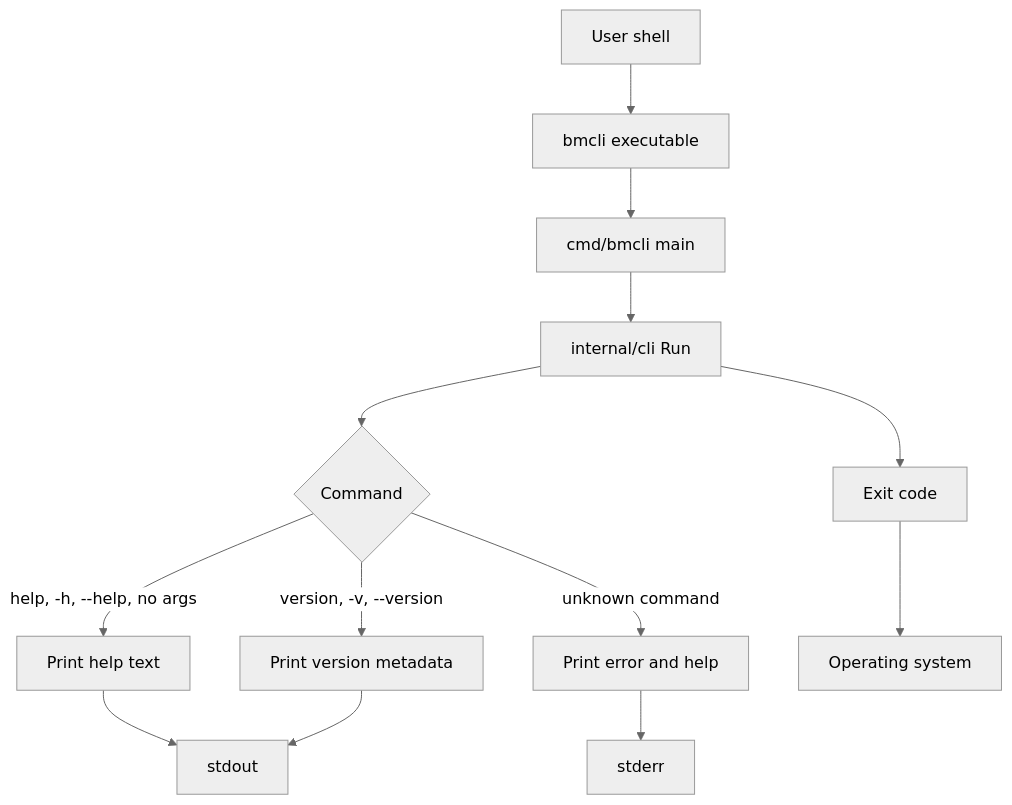
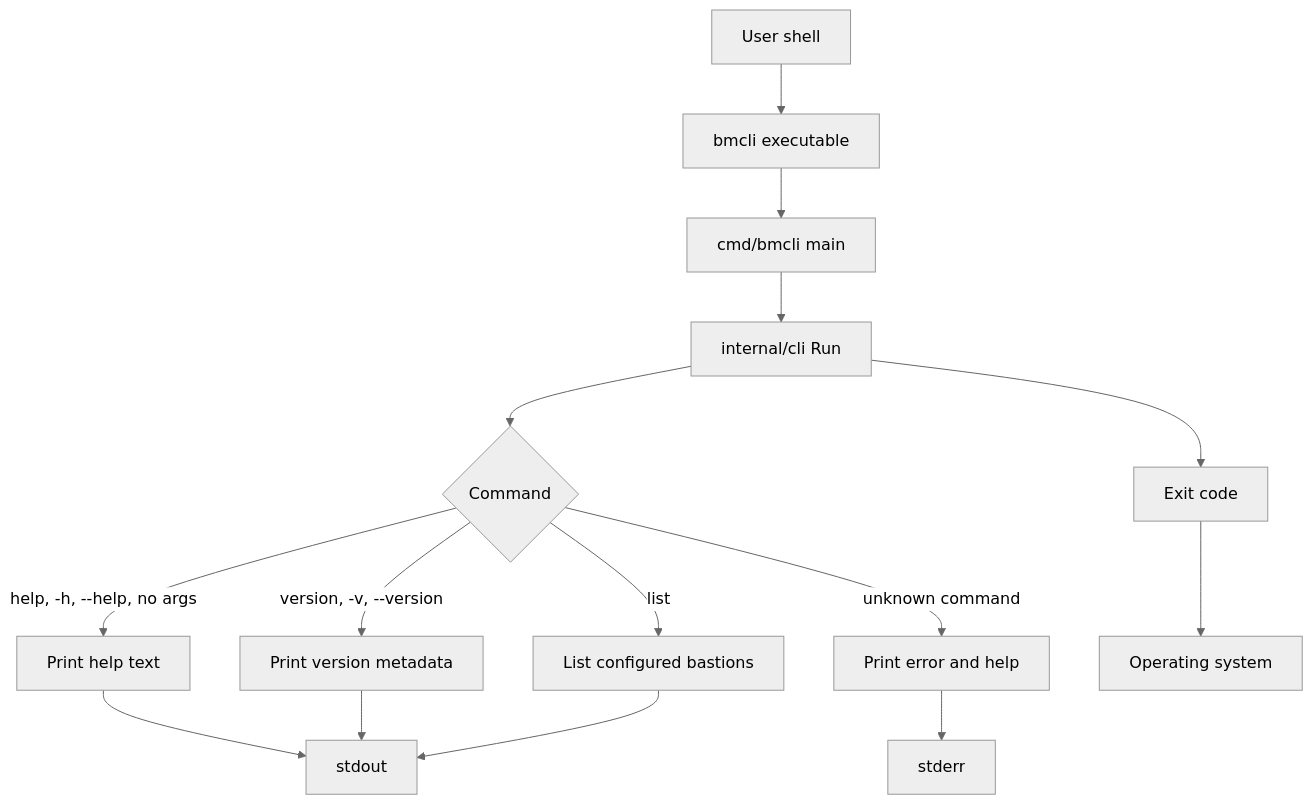
Before and after one commit to geoeee/bmcli: the diagram in README.md, drawn with Mermaid (neutral theme). The commit also changed other lines of this file and 3 other files, not shown here.

````diff
--- a/README.md
+++ b/README.md
@@ -13,15 +13,17 @@
 ```mermaid
 flowchart TD
     user[User shell] --> binary[bmcli executable]
     binary --> main[cmd/bmcli main]
     main --> run[internal/cli Run]
     run --> dispatch{Command}
     dispatch -->|help, -h, --help, no args| help[Print help text]
     dispatch -->|version, -v, --version| version[Print version metadata]
+    dispatch -->|list| list[List configured bastions]
     dispatch -->|unknown command| error[Print error and help]
     help --> stdout[stdout]
     version --> stdout
+    list --> stdout
     error --> stderr[stderr]
     run --> exit[Exit code]
     exit --> os[Operating system]
 ```
````
